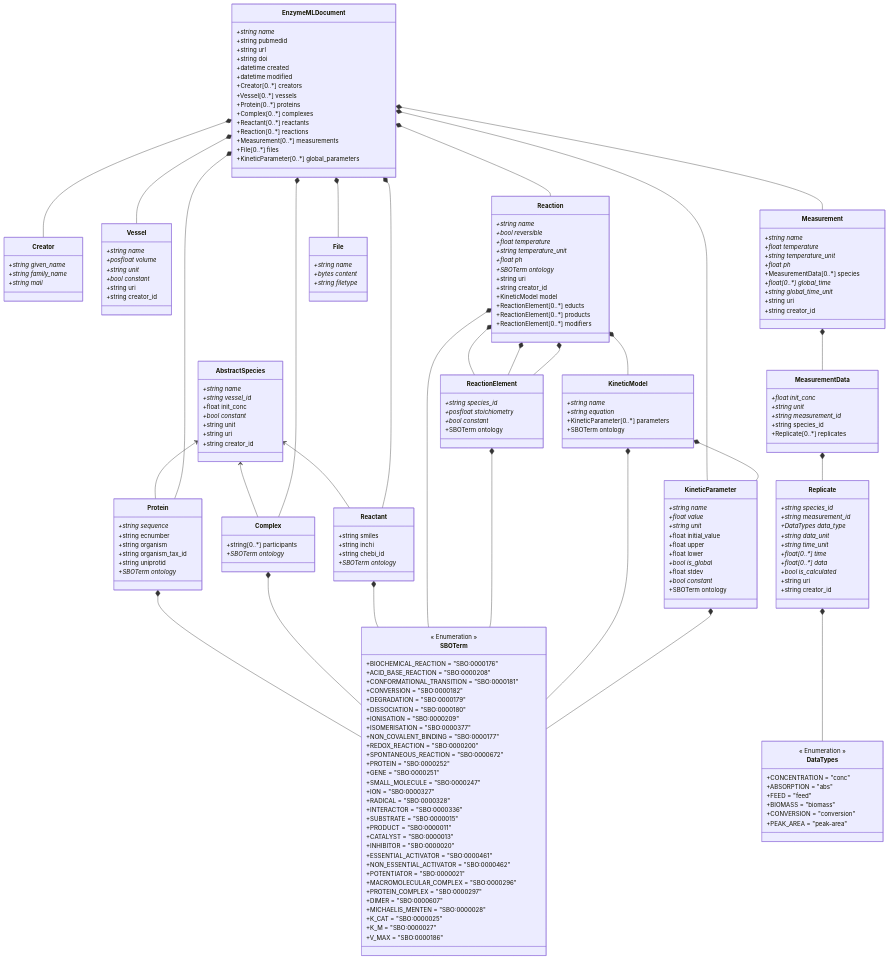
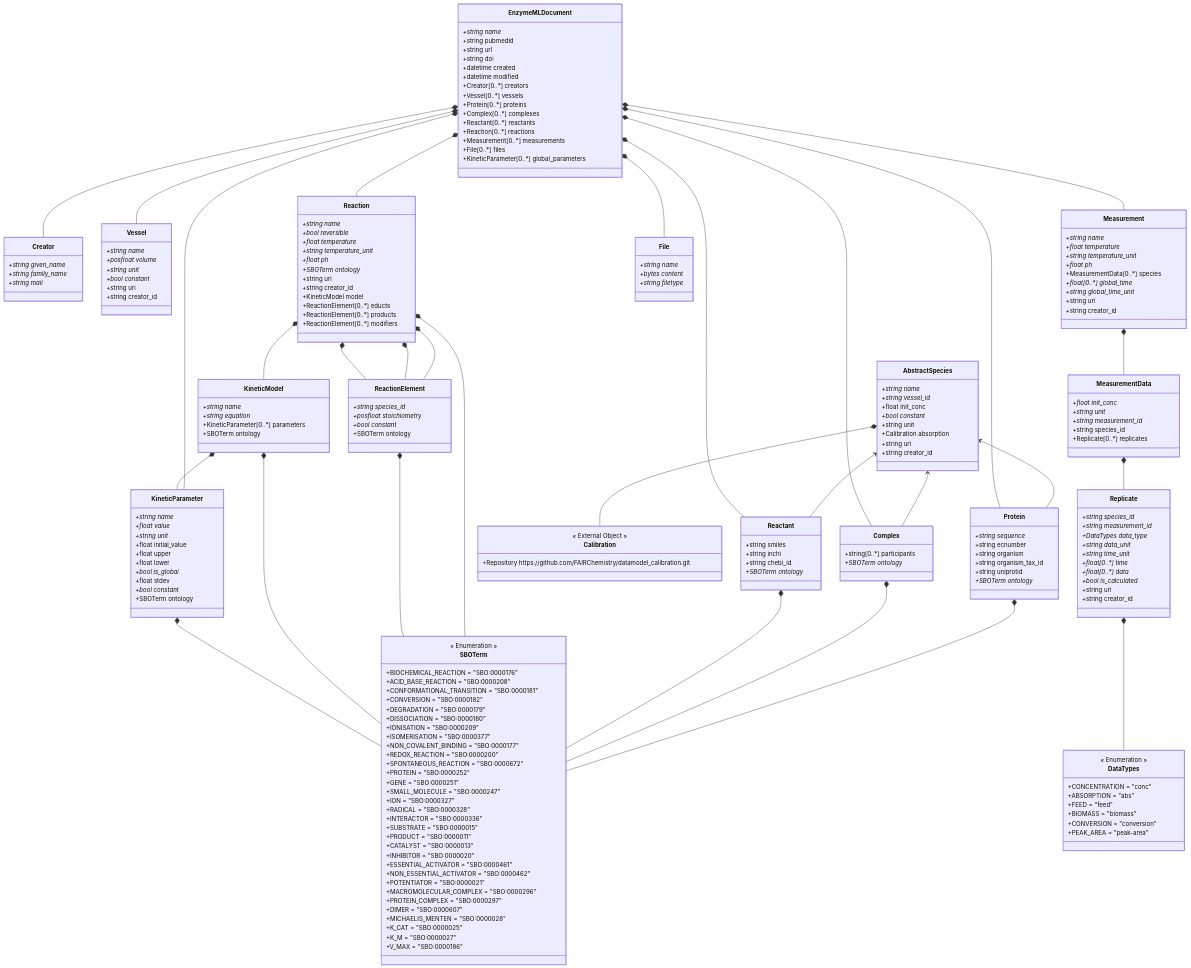
One commit to EnzymeML/enzymeml-specifications changed the diagram in PyEnzyme/schemes/```.md. Above: the diagram before and after it, drawn with Mermaid. The commit also changed 24 other files, not shown here.

````diff
--- a/PyEnzyme/schemes/```.md
+++ b/PyEnzyme/schemes/```.md
@@ -12,6 +12,7 @@
     EnzymeMLDocument *-- Measurement
     EnzymeMLDocument *-- File
     EnzymeMLDocument *-- KineticParameter
+    AbstractSpecies *-- Calibration
     Protein *-- SBOTerm
     Complex *-- SBOTerm
     Reactant *-- SBOTerm
@@ -67,6 +68,7 @@
         +float init_conc
         +bool constant*
         +string unit
+        +Calibration absorption
         +string uri
         +string creator_id
     }
@@ -218,4 +220,9 @@
         +PEAK_AREA = "peak-area"
     }
     
+    class Calibration {
+        << External Object >>
+        +Repository https://github.com/FAIRChemistry/datamodel_calibration.git
+    }
+    
 ```
````
